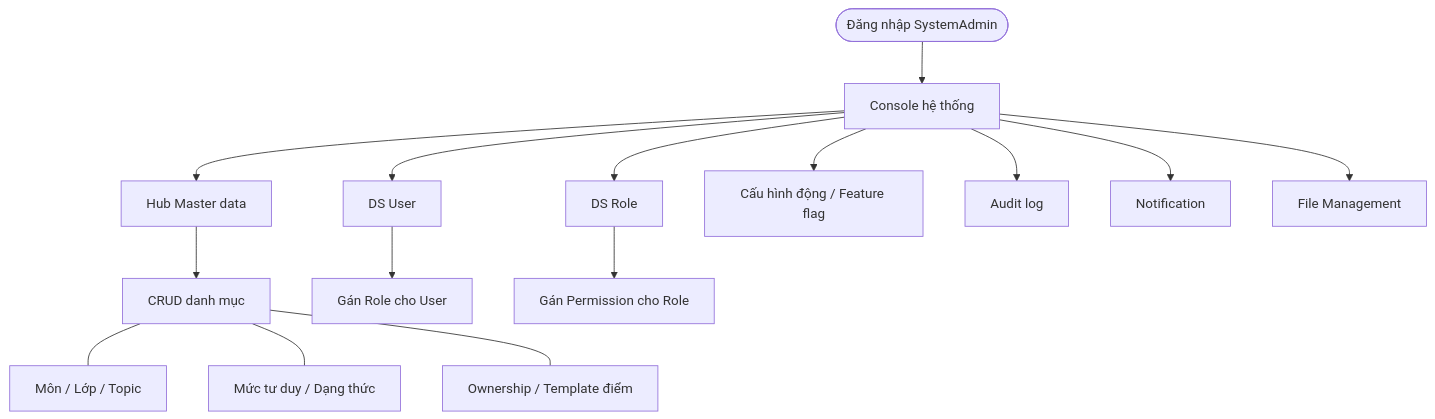
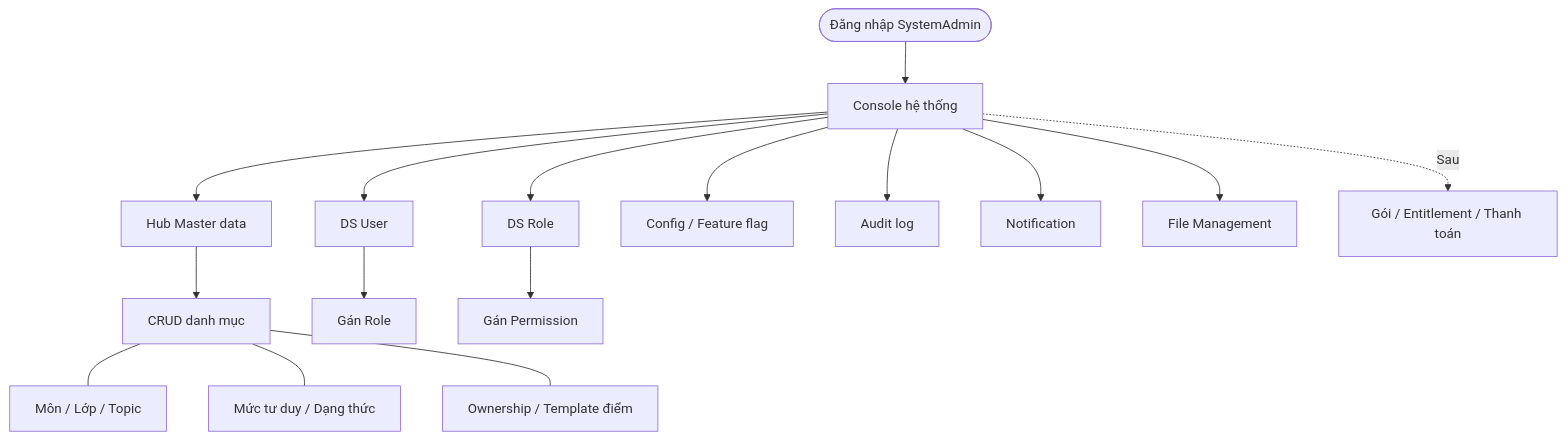
Before and after one commit to ANPHANVAN/educationGarena: the second of 2 diagrams in docs/BA/BA Demo/13-Luong-man-hinh-va-chuc-nang.md, drawn with Mermaid. The commit also changed other lines of this file and 2 other files, not shown here.

Commit message:
docs: Chỉ list màn hình thôi

````diff
--- a/docs/BA/BA Demo/13-Luong-man-hinh-va-chuc-nang.md
+++ b/docs/BA/BA Demo/13-Luong-man-hinh-va-chuc-nang.md
@@ -64,20 +88,21 @@
 ```mermaid
 flowchart TB
   Login([Đăng nhập SystemAdmin]) --> Console[Console hệ thống]
 
   Console --> Hub[Hub Master data]
   Hub --> CRUD[CRUD danh mục]
   CRUD --- MD1[Môn / Lớp / Topic]
   CRUD --- MD2[Mức tư duy / Dạng thức]
   CRUD --- MD3[Ownership / Template điểm]
 
   Console --> Users[DS User]
-  Users --> AssignRole[Gán Role cho User]
+  Users --> AssignRole[Gán Role]
   Console --> Roles[DS Role]
-  Roles --> AssignPerm[Gán Permission cho Role]
+  Roles --> AssignPerm[Gán Permission]
 
-  Console --> Config[Cấu hình động / Feature flag]
+  Console --> Config[Config / Feature flag]
   Console --> Audit[Audit log]
   Console --> Notif[Notification]
   Console --> Files[File Management]
+  Console -.->|Sau| Billing[Gói / Entitlement / Thanh toán]
 ```
````
